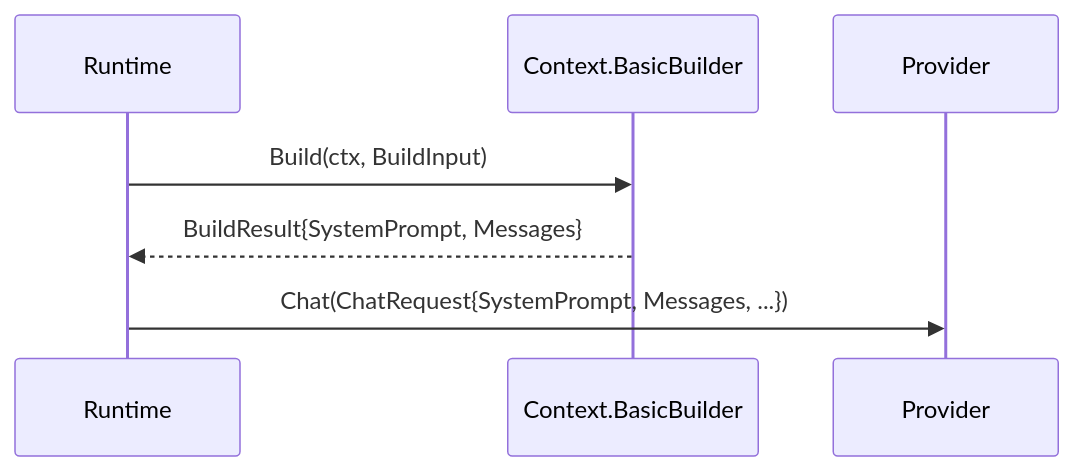
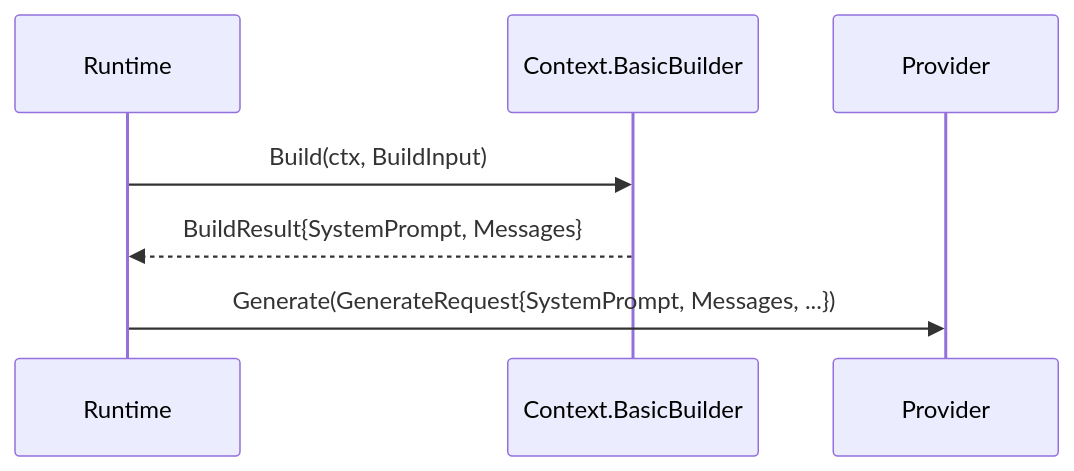
Before and after one commit to pionxe/neo-code: the first of 2 diagrams in docs/architecture/context/README.md, drawn with Mermaid. The commit also changed other lines of this file and 5 other files, not shown here.

````diff
--- a/docs/architecture/context/README.md
+++ b/docs/architecture/context/README.md
@@ -54,10 +54,10 @@
 ```mermaid
 sequenceDiagram
     participant RT as Runtime
     participant CTX as Context.BasicBuilder
     participant PV as Provider
 
     RT->>CTX: Build(ctx, BuildInput)
     CTX-->>RT: BuildResult{SystemPrompt, Messages}
-    RT->>PV: Chat(ChatRequest{SystemPrompt, Messages, ...})
+    RT->>PV: Generate(GenerateRequest{SystemPrompt, Messages, ...})
 ```
````
